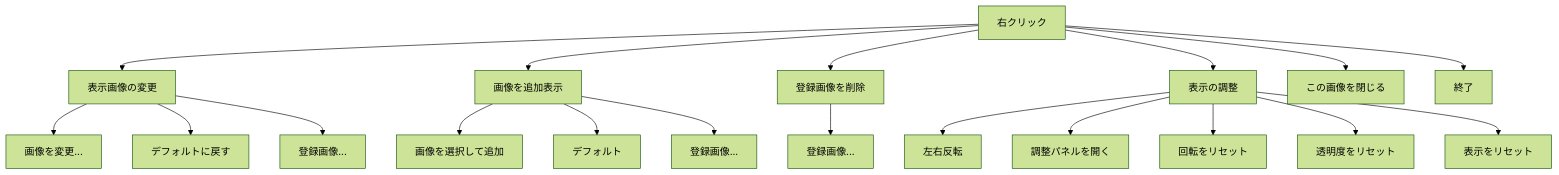
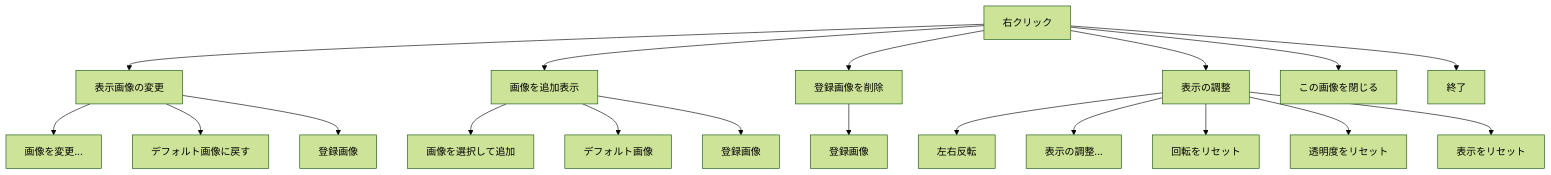
The third of 4 diagrams in docs/guide/usage.md (shiroemons/sobani), drawn with Mermaid (forest theme) before and after one commit. The commit also changed other lines of this file and 3 other files, not shown here.

````diff
--- a/docs/guide/usage.md
+++ b/docs/guide/usage.md
@@ -72,25 +78,25 @@
 ```mermaid
 flowchart TD
     RC[右クリック] --> CHANGE[表示画像の変更]
     CHANGE --> CHANGE_FILE[画像を変更...]
-    CHANGE --> CHANGE_DEFAULT[デフォルトに戻す]
-    CHANGE --> CHANGE_REG[登録画像...]
+    CHANGE --> CHANGE_DEFAULT["デフォルト画像に戻す"]
+    CHANGE --> CHANGE_REG["登録画像"]
 
     RC --> ADD[画像を追加表示]
     ADD --> ADD_FILE[画像を選択して追加]
-    ADD --> ADD_DEFAULT[デフォルト]
-    ADD --> ADD_REG[登録画像...]
+    ADD --> ADD_DEFAULT["デフォルト画像"]
+    ADD --> ADD_REG["登録画像"]
 
     RC --> DELETE[登録画像を削除]
-    DELETE --> DELETE_REG[登録画像...]
+    DELETE --> DELETE_REG["登録画像"]
 
     RC --> VIEW[表示の調整]
     VIEW --> FLIP[左右反転]
-    VIEW --> PANEL[調整パネルを開く]
+    VIEW --> PANEL["表示の調整..."]
     VIEW --> RESET_ROT[回転をリセット]
     VIEW --> RESET_OPA[透明度をリセット]
     VIEW --> RESET_ALL[表示をリセット]
 
     RC --> CLOSE[この画像を閉じる]
     RC --> QUIT[終了]
 ```
````
